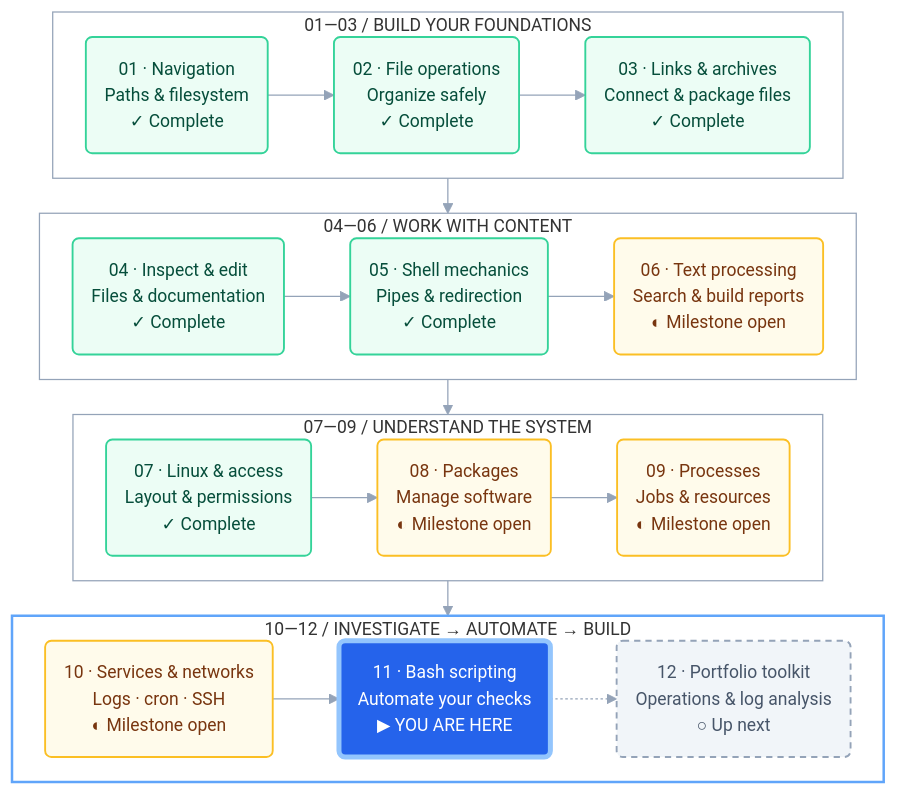
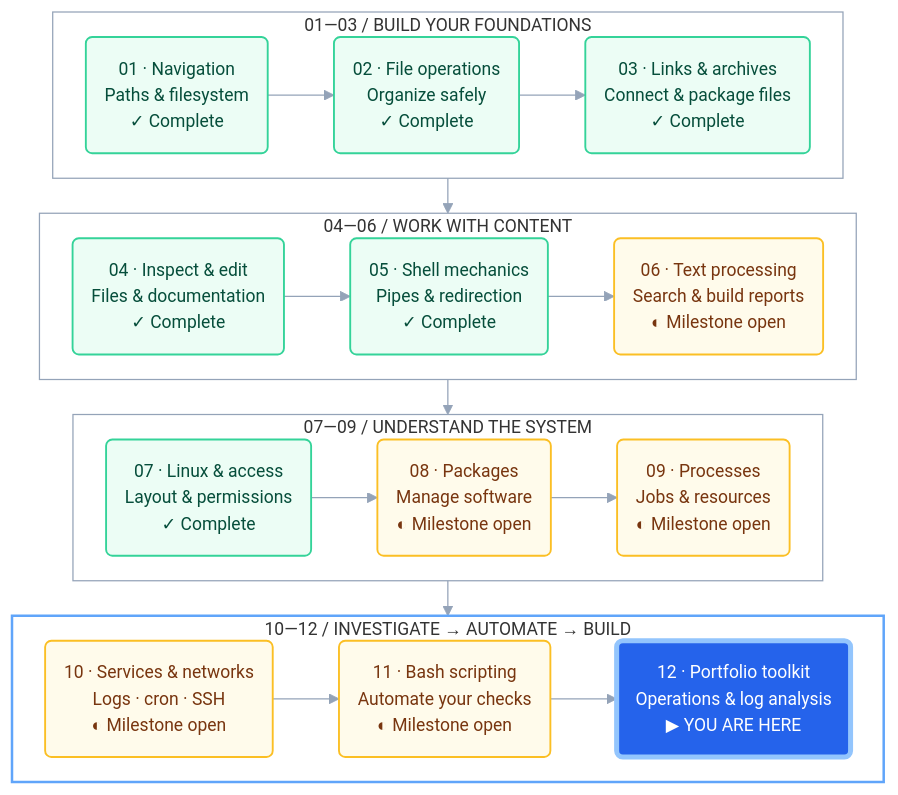
One commit to raf0411/learning changed the diagram in topics/linux/ROADMAP.md. Above: the diagram before and after it, drawn with Mermaid. The commit also changed other lines of this file and 4 other files, not shown here.

````diff
--- a/topics/linux/ROADMAP.md
+++ b/topics/linux/ROADMAP.md
@@ -21,52 +21,51 @@
 ```mermaid
 %%{init: {"flowchart": {"curve": "basis", "nodeSpacing": 20, "rankSpacing": 28}, "themeVariables": {"fontFamily": "Inter, ui-sans-serif, system-ui, sans-serif", "fontSize": "14px", "lineColor": "#94a3b8"}}}%%
 flowchart TB
     subgraph A["01—03  /  BUILD YOUR FOUNDATIONS"]
         direction LR
         P1("01 · Navigation<br/>Paths & filesystem<br/>✓ Complete")
         P2("02 · File operations<br/>Organize safely<br/>✓ Complete")
         P3("03 · Links & archives<br/>Connect & package files<br/>✓ Complete")
         P1 --> P2 --> P3
     end
 
     subgraph B["04—06  /  WORK WITH CONTENT"]
         direction LR
         P4("04 · Inspect & edit<br/>Files & documentation<br/>✓ Complete")
         P5("05 · Shell mechanics<br/>Pipes & redirection<br/>✓ Complete")
         P6("06 · Text processing<br/>Search & build reports<br/>◐ Milestone open")
         P4 --> P5 --> P6
     end
 
     subgraph C["07—09  /  UNDERSTAND THE SYSTEM"]
         direction LR
         P7("07 · Linux & access<br/>Layout & permissions<br/>✓ Complete")
         P8("08 · Packages<br/>Manage software<br/>◐ Milestone open")
         P9("09 · Processes<br/>Jobs & resources<br/>◐ Milestone open")
         P7 --> P8 --> P9
     end
 
     subgraph D["10—12  /  INVESTIGATE → AUTOMATE → BUILD"]
         direction LR
         P10("10 · Services & networks<br/>Logs · cron · SSH<br/>◐ Milestone open")
-        P11("11 · Bash scripting<br/>Automate your checks<br/>▶ YOU ARE HERE")
-        P12("12 · Portfolio toolkit<br/>Operations & log analysis<br/>○ Up next")
-        P10 --> P11 -.-> P12
+        P11("11 · Bash scripting<br/>Automate your checks<br/>◐ Milestone open")
+        P12("12 · Portfolio toolkit<br/>Operations & log analysis<br/>▶ YOU ARE HERE")
+        P10 --> P11 --> P12
     end
 
     A --> B --> C --> D
 
     classDef done fill:#ecfdf5,stroke:#34d399,color:#064e3b,stroke-width:1.5px;
     classDef review fill:#fffbeb,stroke:#fbbf24,color:#78350f,stroke-width:1.5px;
     classDef current fill:#2563eb,stroke:#93c5fd,color:#ffffff,stroke-width:4px;
     classDef future fill:#f1f5f9,stroke:#94a3b8,color:#475569,stroke-width:1.5px,stroke-dasharray:5 4;
 
     class P1,P2,P3,P4,P5,P7 done;
-    class P6,P8,P9,P10 review;
-    class P11 current;
-    class P12 future;
+    class P6,P8,P9,P10,P11 review;
+    class P12 current;
 
     style A fill:transparent,stroke:#94a3b8,stroke-width:1px
     style B fill:transparent,stroke:#94a3b8,stroke-width:1px
     style C fill:transparent,stroke:#94a3b8,stroke-width:1px
     style D fill:transparent,stroke:#60a5fa,stroke-width:2px
 ```
````
